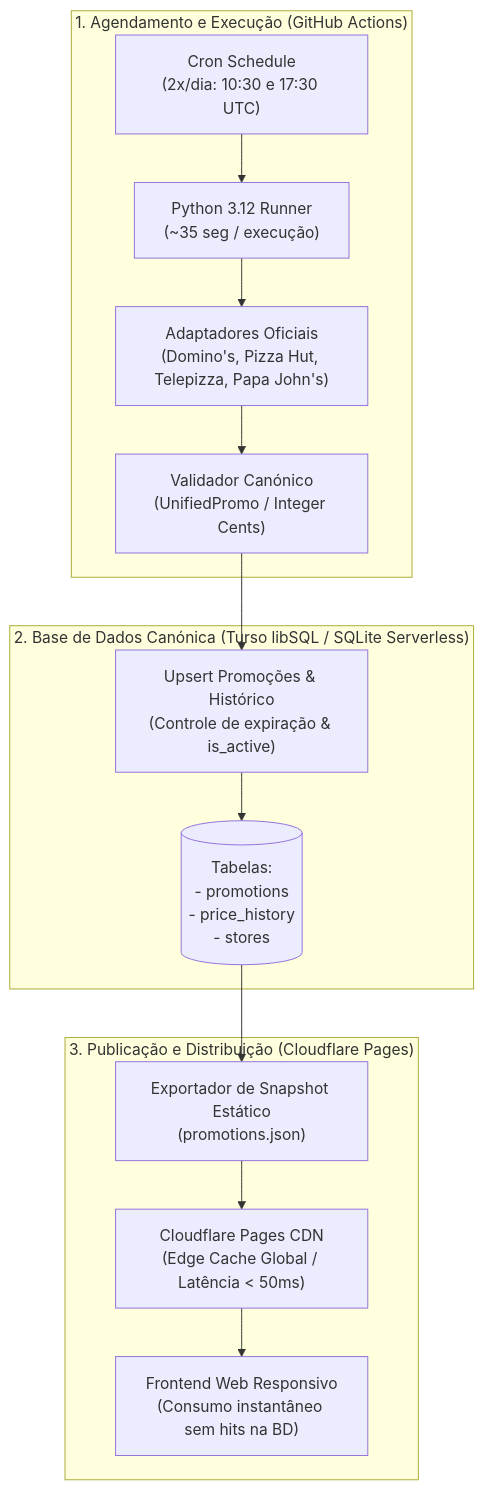
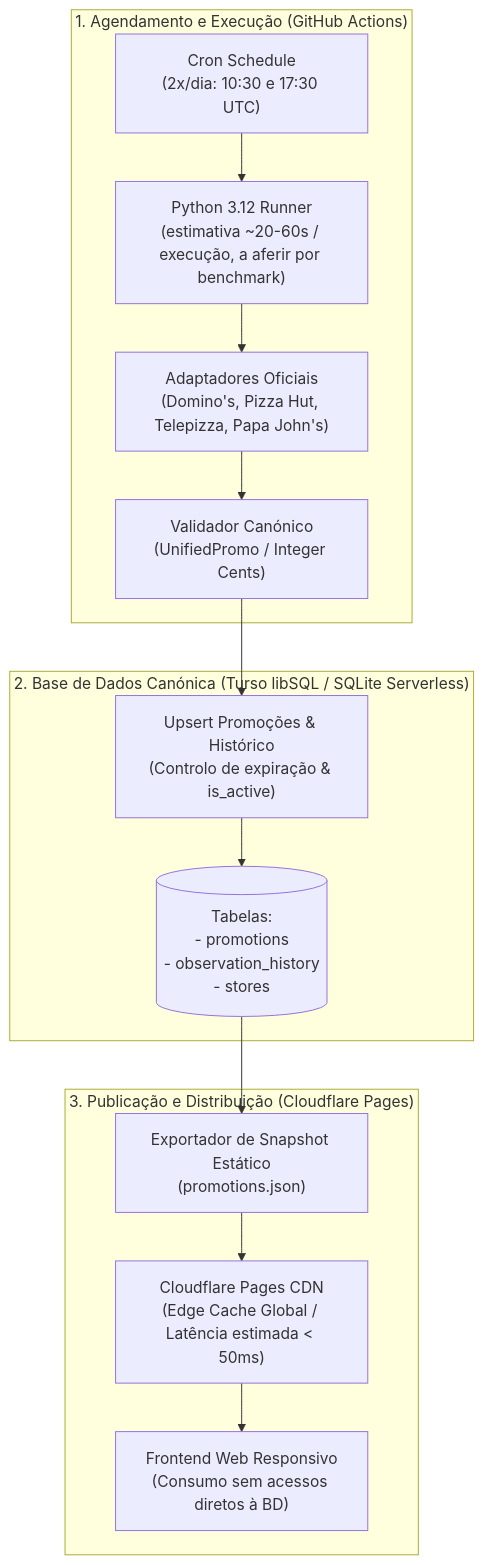
One commit to FranciscoSousaSilveira/pizza-radar-pt changed the diagram in docs/architecture-execution-hosting-persistence.md. Above: the diagram before and after it, drawn with Mermaid. The commit also changed other lines of this file and 2 other files, not shown here.

````diff
--- a/docs/architecture-execution-hosting-persistence.md
+++ b/docs/architecture-execution-hosting-persistence.md
@@ -11,19 +11,19 @@
 ```mermaid
 flowchart TD
     subgraph Coleta ["1. Agendamento e Execução (GitHub Actions)"]
-        Cron["Cron Schedule<br/>(2x/dia: 10:30 e 17:30 UTC)"] --> Runner["Python 3.12 Runner<br/>(~35 seg / execução)"]
+        Cron["Cron Schedule<br/>(2x/dia: 10:30 e 17:30 UTC)"] --> Runner["Python 3.12 Runner<br/>(estimativa ~20-60s / execução, a aferir por benchmark)"]
         Runner --> Adapters["Adaptadores Oficiais<br/>(Domino's, Pizza Hut, Telepizza, Papa John's)"]
         Adapters --> Validator["Validador Canónico<br/>(UnifiedPromo / Integer Cents)"]
     end
 
     subgraph Persistencia ["2. Base de Dados Canónica (Turso libSQL / SQLite Serverless)"]
-        Validator --> DB_Write["Upsert Promoções & Histórico<br/>(Controle de expiração & is_active)"]
-        DB_Write --> Tables[("Tabelas:<br/>- promotions<br/>- price_history<br/>- stores")]
+        Validator --> DB_Write["Upsert Promoções & Histórico<br/>(Controlo de expiração & is_active)"]
+        DB_Write --> Tables[("Tabelas:<br/>- promotions<br/>- observation_history<br/>- stores")]
     end
 
     subgraph Publicacao ["3. Publicação e Distribuição (Cloudflare Pages)"]
         Tables --> Exporter["Exportador de Snapshot Estático<br/>(promotions.json)"]
-        Exporter --> CDN["Cloudflare Pages CDN<br/>(Edge Cache Global / Latência < 50ms)"]
-        CDN --> WebApp["Frontend Web Responsivo<br/>(Consumo instantâneo sem hits na BD)"]
+        Exporter --> CDN["Cloudflare Pages CDN<br/>(Edge Cache Global / Latência estimada < 50ms)"]
+        CDN --> WebApp["Frontend Web Responsivo<br/>(Consumo sem acessos diretos à BD)"]
     end
 ```
````
